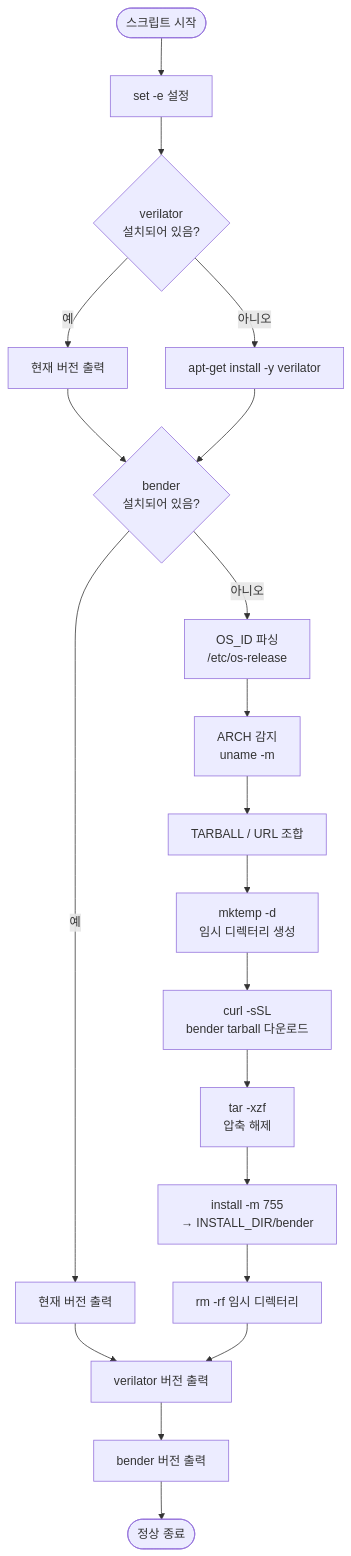
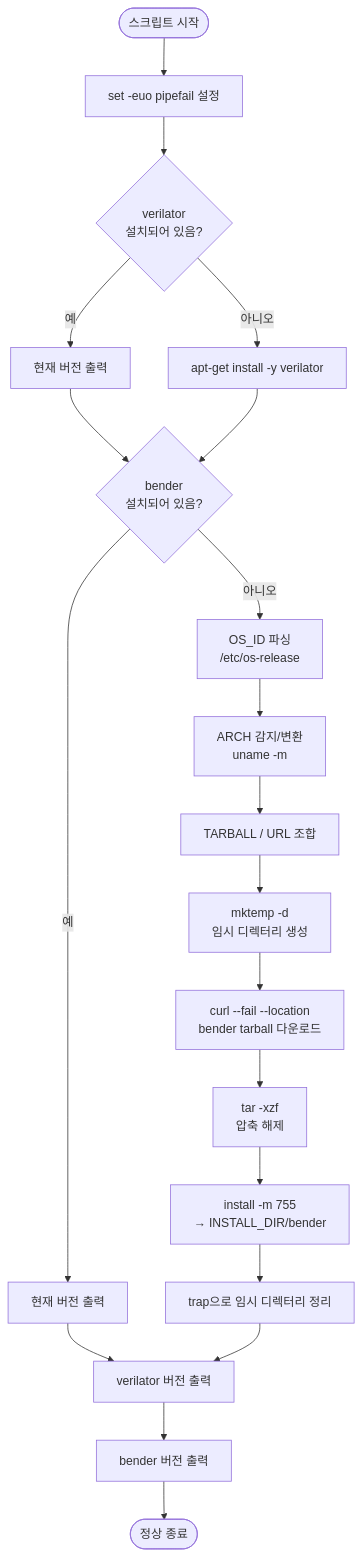
Before and after one commit to pulp-platform/axi: the diagram in scripts/install_tools.sh.md, drawn with Mermaid. The commit also changed other lines of this file and 1 other file, not shown here.

````diff
--- a/scripts/install_tools.sh.md
+++ b/scripts/install_tools.sh.md
@@ -51,20 +51,20 @@
 ```mermaid
 flowchart TD
-    A([스크립트 시작]) --> B[set -e 설정]
+    A([스크립트 시작]) --> B[set -euo pipefail 설정]
     B --> C{verilator\n설치되어 있음?}
     C -- 예 --> D[현재 버전 출력]
     C -- 아니오 --> E[apt-get install -y verilator]
     D & E --> F{bender\n설치되어 있음?}
     F -- 예 --> G[현재 버전 출력]
     F -- 아니오 --> H[OS_ID 파싱\n/etc/os-release]
-    H --> I[ARCH 감지\nuname -m]
+    H --> I[ARCH 감지/변환\nuname -m]
     I --> J[TARBALL / URL 조합]
     J --> K[mktemp -d\n임시 디렉터리 생성]
-    K --> L[curl -sSL\nbender tarball 다운로드]
+    K --> L[curl --fail --location\nbender tarball 다운로드]
     L --> M[tar -xzf\n압축 해제]
     M --> N[install -m 755\n→ INSTALL_DIR/bender]
-    N --> O[rm -rf 임시 디렉터리]
+    N --> O[trap으로 임시 디렉터리 정리]
     G & O --> P[verilator 버전 출력]
     P --> Q[bender 버전 출력]
     Q --> R([정상 종료])
 ```
````
